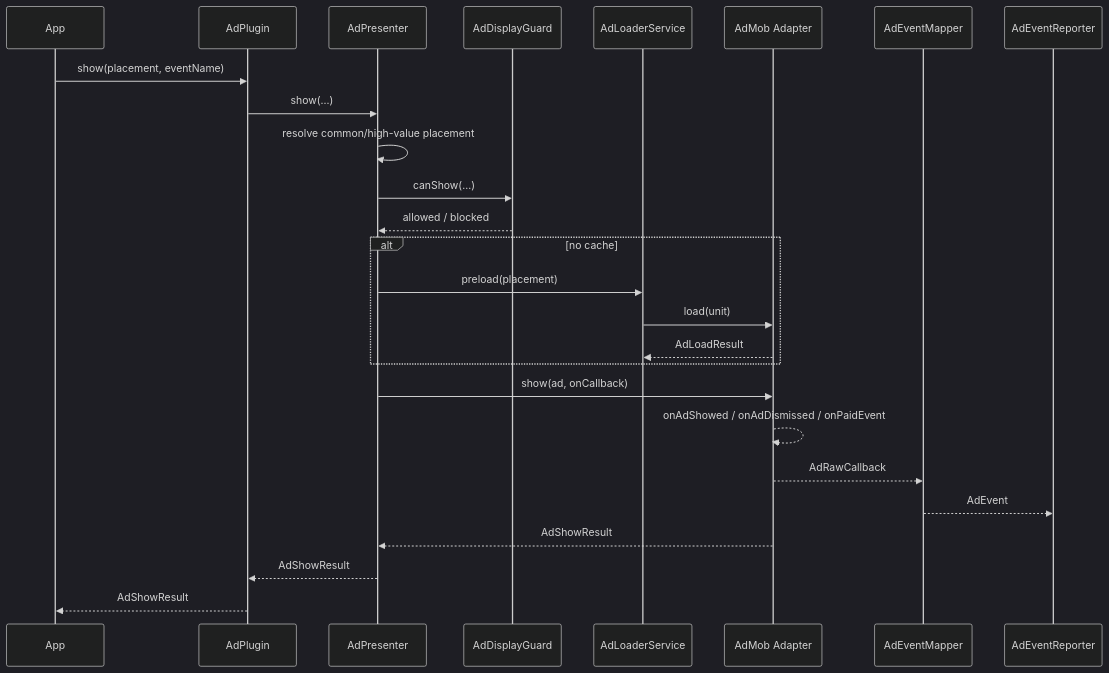
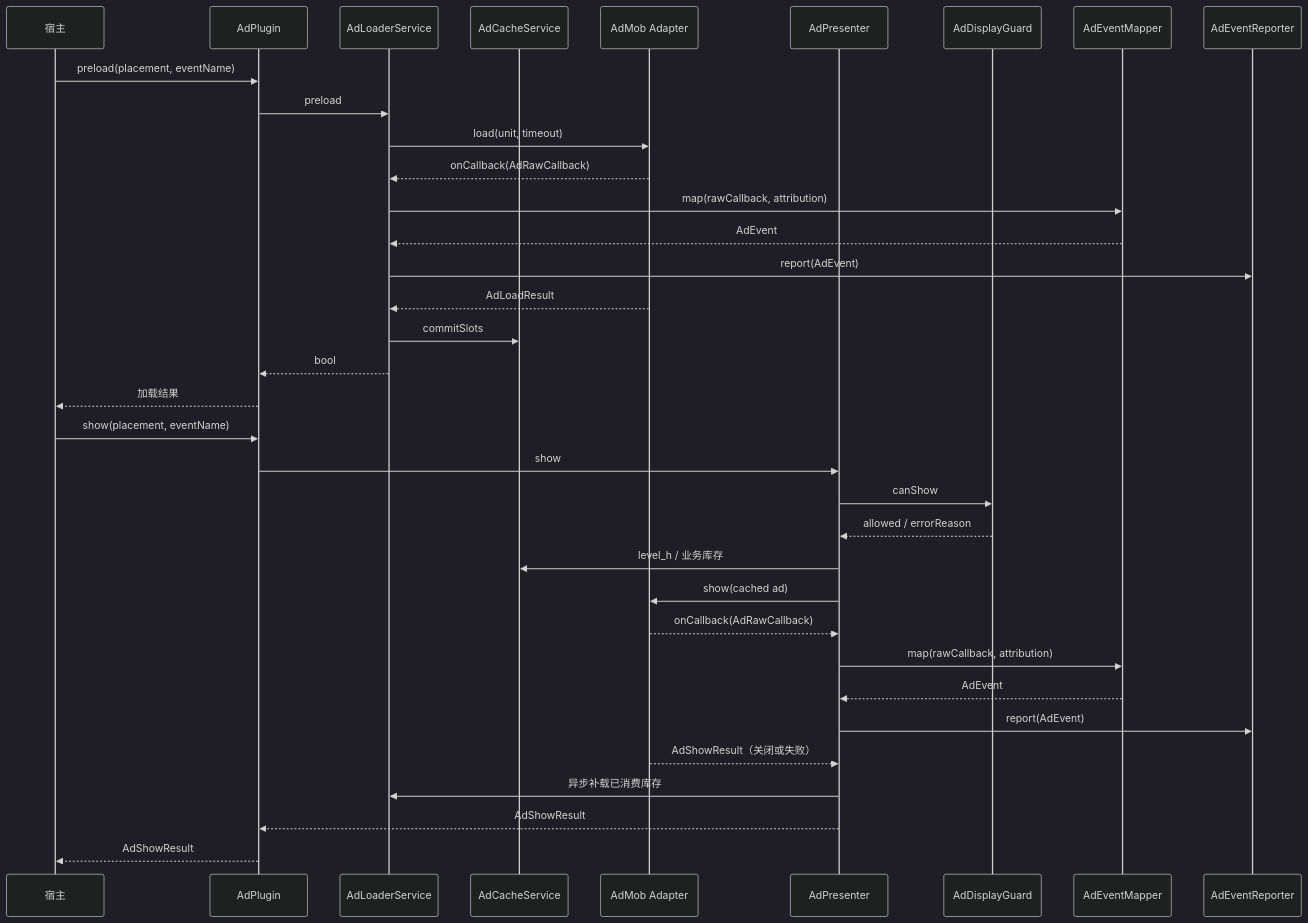
The second of 3 diagrams in README.md (yanmingLiu/flutter_ad_plugin), drawn with Mermaid (dark theme) before and after one commit. The commit also changed other lines of this file, not shown here.

Commit message:
docs: rewrite architecture and integration guide

````diff
--- a/README.md
+++ b/README.md
@@ -907,29 +127,39 @@
 ```mermaid
 sequenceDiagram
-  participant App
-  participant Plugin as AdPlugin
+  participant App as 宿主
+  participant API as AdPlugin
+  participant Loader as AdLoaderService
+  participant Cache as AdCacheService
+  participant Adapter as AdMob Adapter
   participant Presenter as AdPresenter
   participant Guard as AdDisplayGuard
-  participant Loader as AdLoaderService
-  participant Adapter as AdMob Adapter
   participant Mapper as AdEventMapper
   participant Reporter as AdEventReporter
 
-  App->>Plugin: show(placement, eventName)
-  Plugin->>Presenter: show(...)
-  Presenter->>Presenter: resolve common/high-value placement
-  Presenter->>Guard: canShow(...)
-  Guard-->>Presenter: allowed / blocked
-  alt no cache
-    Presenter->>Loader: preload(placement)
-    Loader->>Adapter: load(unit)
-    Adapter-->>Loader: AdLoadResult
-  end
-  Presenter->>Adapter: show(ad, onCallback)
-  Adapter-->>Adapter: onAdShowed / onAdDismissed / onPaidEvent
-  Adapter-->>Mapper: AdRawCallback
-  Mapper-->>Reporter: AdEvent
-  Adapter-->>Presenter: AdShowResult
-  Presenter-->>Plugin: AdShowResult
-  Plugin-->>App: AdShowResult
+  App->>API: preload(placement, eventName)
+  API->>Loader: preload
+  Loader->>Adapter: load(unit, timeout)
+  Adapter-->>Loader: onCallback(AdRawCallback)
+  Loader->>Mapper: map(rawCallback, attribution)
+  Mapper-->>Loader: AdEvent
+  Loader->>Reporter: report(AdEvent)
+  Adapter-->>Loader: AdLoadResult
+  Loader->>Cache: commitSlots
+  Loader-->>API: bool
+  API-->>App: 加载结果
+
+  App->>API: show(placement, eventName)
+  API->>Presenter: show
+  Presenter->>Guard: canShow
+  Guard-->>Presenter: allowed / errorReason
+  Presenter->>Cache: level_h / 业务库存
+  Presenter->>Adapter: show(cached ad)
+  Adapter-->>Presenter: onCallback(AdRawCallback)
+  Presenter->>Mapper: map(rawCallback, attribution)
+  Mapper-->>Presenter: AdEvent
+  Presenter->>Reporter: report(AdEvent)
+  Adapter-->>Presenter: AdShowResult（关闭或失败）
+  Presenter->>Loader: 异步补载已消费库存
+  Presenter-->>API: AdShowResult
+  API-->>App: AdShowResult
 ```
````
